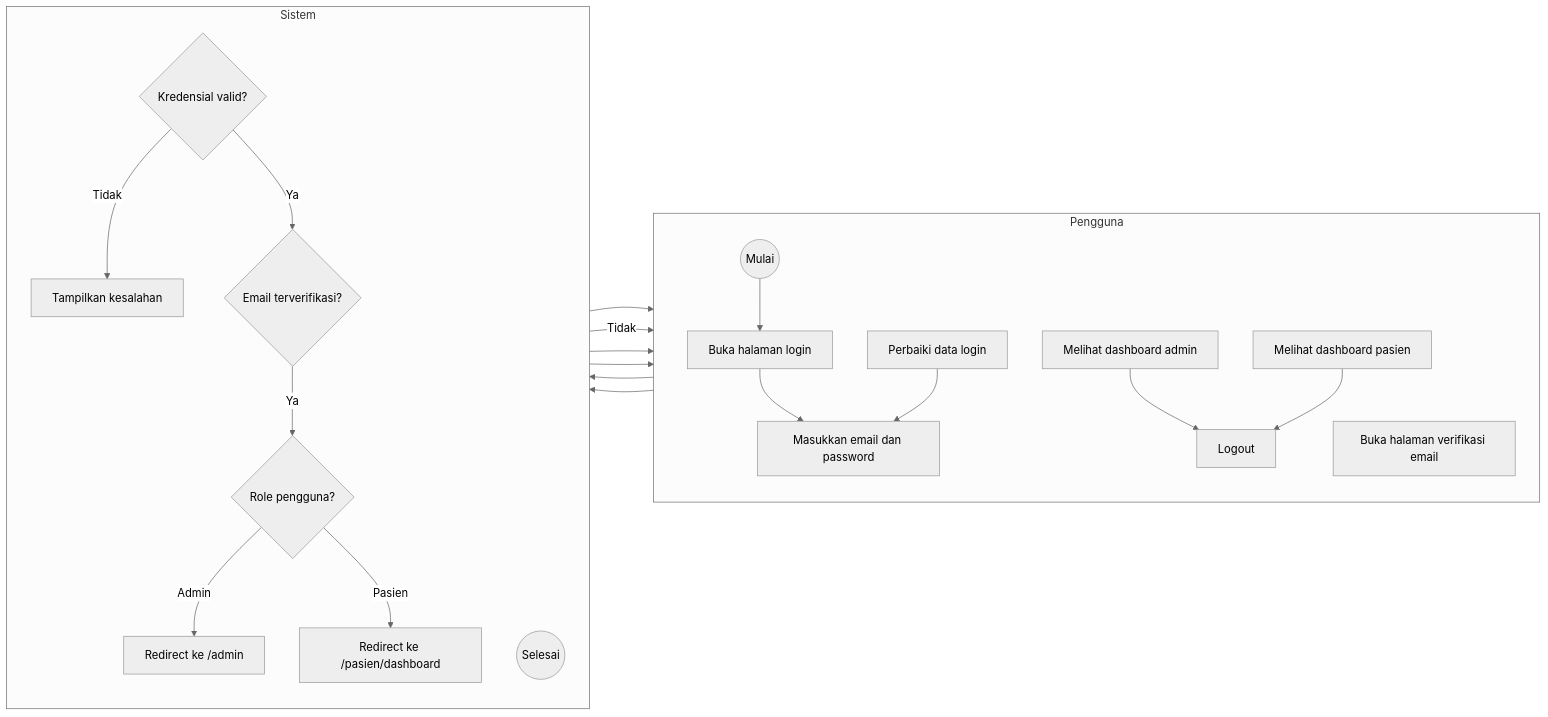
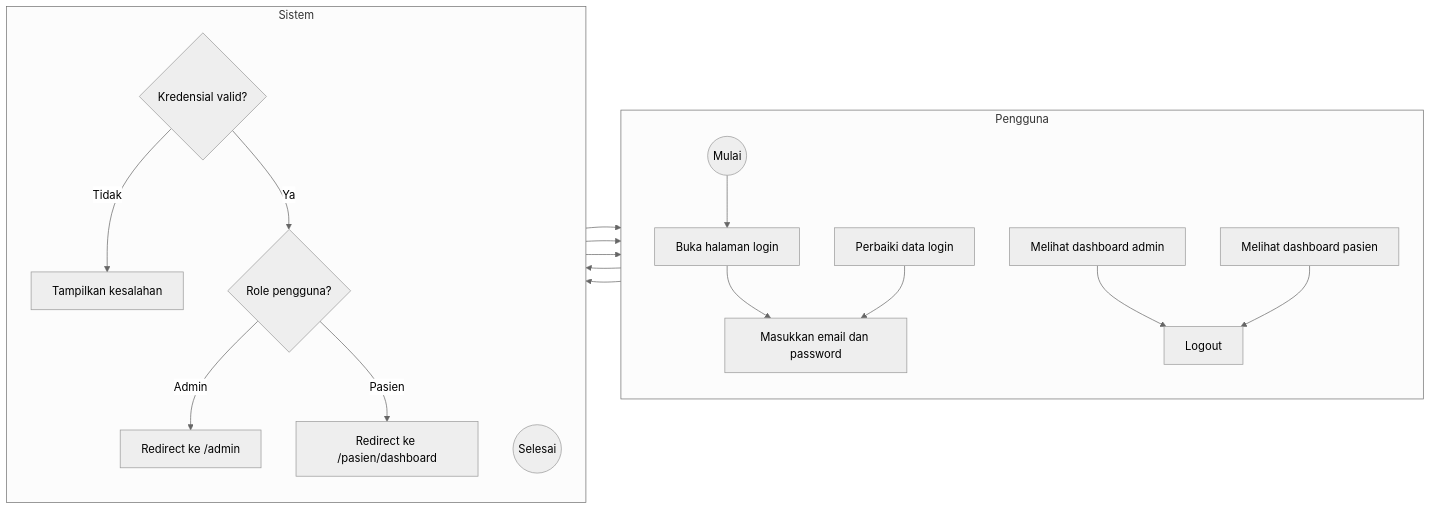
The first of 7 diagrams in dokumentasi/spesifikasi-proyek/activity-diagrams.md (Faathir81/Sistem-Informasi-Klinik), drawn with Mermaid (neutral theme) before and after one commit. The commit also changed other lines of this file and 4 other files, not shown here.

Commit message:
docs: align activity and sequence diagrams with implementation

````diff
--- a/dokumentasi/spesifikasi-proyek/activity-diagrams.md
+++ b/dokumentasi/spesifikasi-proyek/activity-diagrams.md
@@ -7,35 +7,31 @@
 ```mermaid
 flowchart LR
     subgraph penggunaLane["Pengguna"]
         direction TB
         start((Mulai))
         open[Buka halaman login]
         submit[Masukkan email dan password]
         retry[Perbaiki data login]
-        notice[Buka halaman verifikasi email]
         adminView[Melihat dashboard admin]
         pasienView[Melihat dashboard pasien]
         logout[Logout]
     end
 
     subgraph sistemLane["Sistem"]
         direction TB
         valid{Kredensial valid?}
         error[Tampilkan kesalahan]
-        verify{Email terverifikasi?}
         role{Role pengguna?}
         admin[Redirect ke /admin]
         pasien[Redirect ke /pasien/dashboard]
         finish((Selesai))
     end
 
     start --> open --> submit --> valid
     valid -- Tidak --> error --> retry --> submit
-    valid -- Ya --> verify
-    verify -- Tidak --> notice
-    verify -- Ya --> role
+    valid -- Ya --> role
     role -- Admin --> admin --> adminView
     role -- Pasien --> pasien --> pasienView
     adminView --> logout --> finish
     pasienView --> logout
 ```
````
